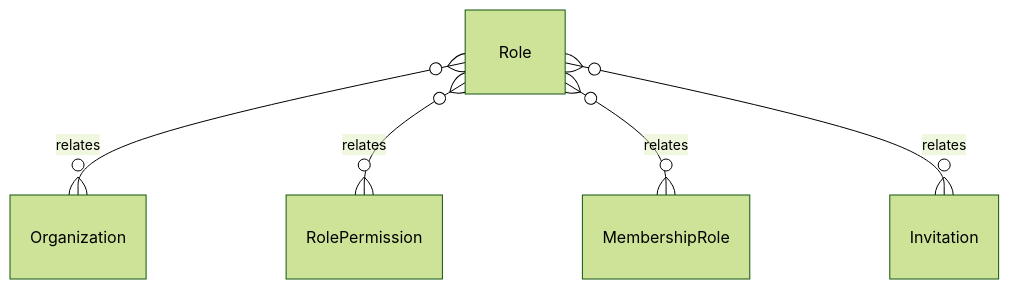
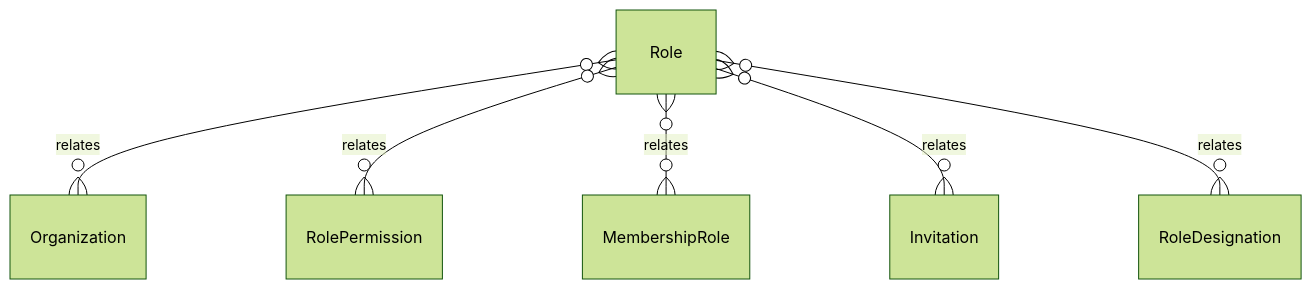
Before and after one commit to tejasnirala/rcln: the diagram in .kb/Database/Role.md, drawn with Mermaid (forest theme). The commit also changed other lines of this file and 196 other files, not shown here.

````diff
--- a/.kb/Database/Role.md
+++ b/.kb/Database/Role.md
@@ -45,7 +46,8 @@
 ```mermaid
 erDiagram
     Role }o--o{ Organization : relates
     Role }o--o{ RolePermission : relates
     Role }o--o{ MembershipRole : relates
     Role }o--o{ Invitation : relates
+    Role }o--o{ RoleDesignation : relates
 ```
````
